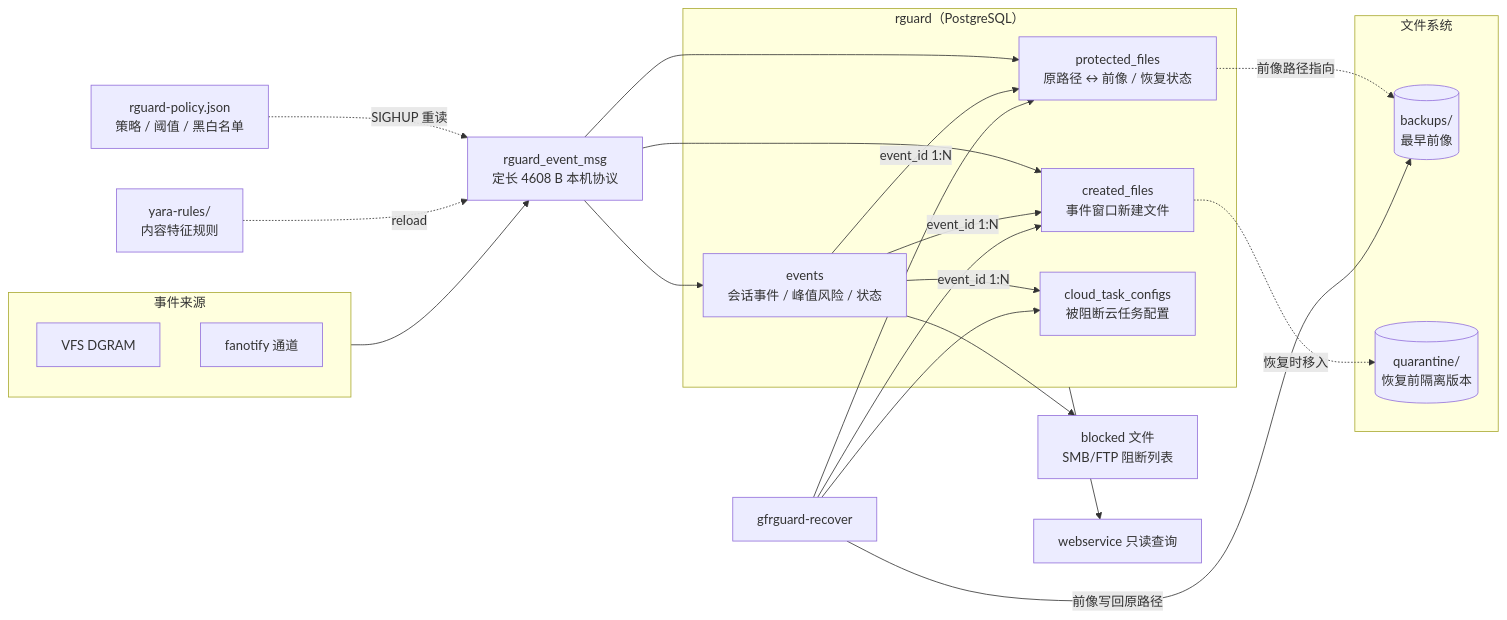
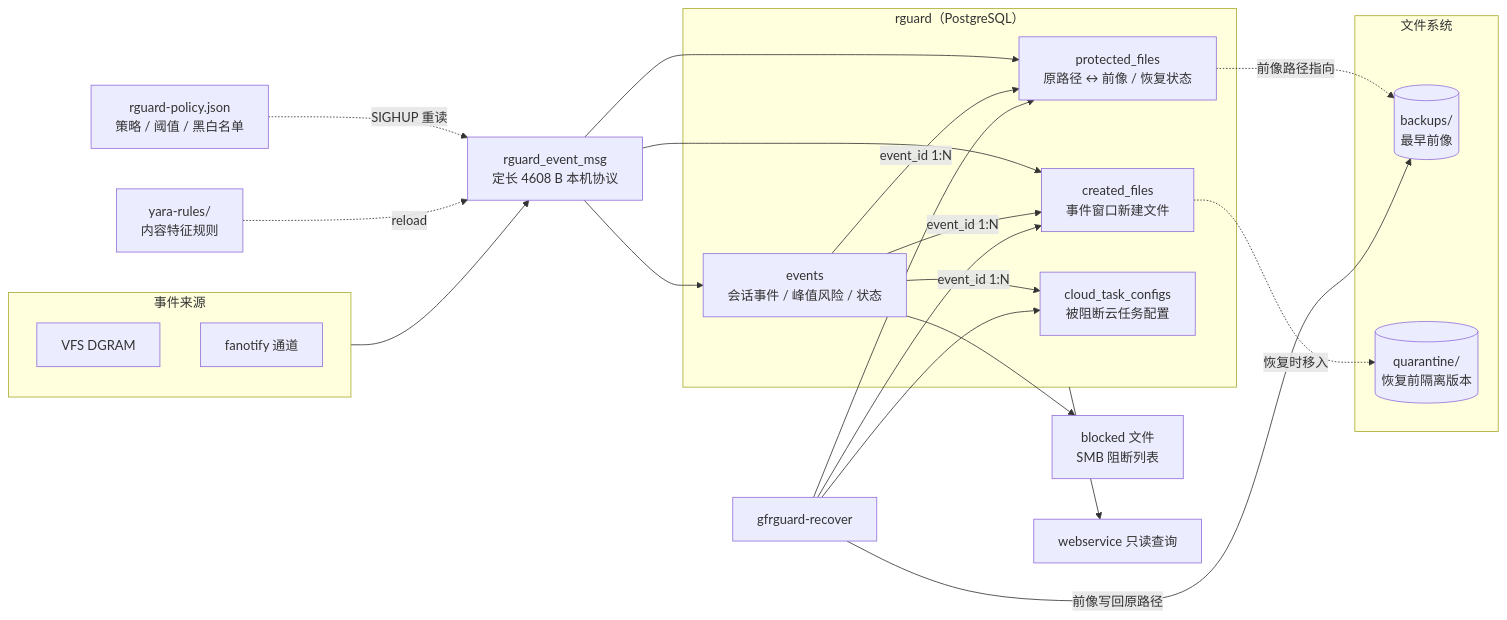
Diagram 12 of 12 in doc/specs/architecture_v2.md (xd121614/ne_gfrguard), drawn with Mermaid before and after one commit. The commit also changed other lines of this file, not shown here.

````diff
--- a/doc/specs/architecture_v2.md
+++ b/doc/specs/architecture_v2.md
@@ -670,41 +670,41 @@
 ```mermaid
 flowchart LR
 	subgraph IN["事件来源"]
 		VFSM[VFS DGRAM]
 		FANM[fanotify 通道]
 	end
 
 	MSG["rguard_event_msg<br/>定长 4608 B 本机协议"]
 
 	subgraph DB["rguard（PostgreSQL）"]
 		EV[events<br/>会话事件 / 峰值风险 / 状态]
 		PF[protected_files<br/>原路径 ↔ 前像 / 恢复状态]
 		CF[created_files<br/>事件窗口新建文件]
 		CT[cloud_task_configs<br/>被阻断云任务配置]
 	end
 
 	subgraph FS["文件系统"]
 		BKP[("backups/<br/>最早前像")]
 		QUR[("quarantine/<br/>恢复前隔离版本")]
 	end
 
 	POL["rguard-policy.json<br/>策略 / 阈值 / 黑白名单"]
 	YARA["yara-rules/<br/>内容特征规则"]
-	BLK["blocked 文件<br/>SMB/FTP 阻断列表"]
+	BLK["blocked 文件<br/>SMB 阻断列表"]
 	WEB[webservice 只读查询]
 	RECV[gfrguard-recover]
 
 	IN --> MSG --> EV
 	MSG --> PF & CF
 	POL -.->|SIGHUP 重读| MSG
 	EV -->|event_id 1:N| PF
 	EV -->|event_id 1:N| CF
 	EV -->|event_id 1:N| CT
 	PF -.->|前像路径指向| BKP
 	CF -.->|恢复时移入| QUR
 	YARA -.->|reload| MSG
 	EV --> BLK
 	DB --> WEB
 	RECV --> PF & CF & CT
 	RECV -->|前像写回原路径| BKP
 ```
````
